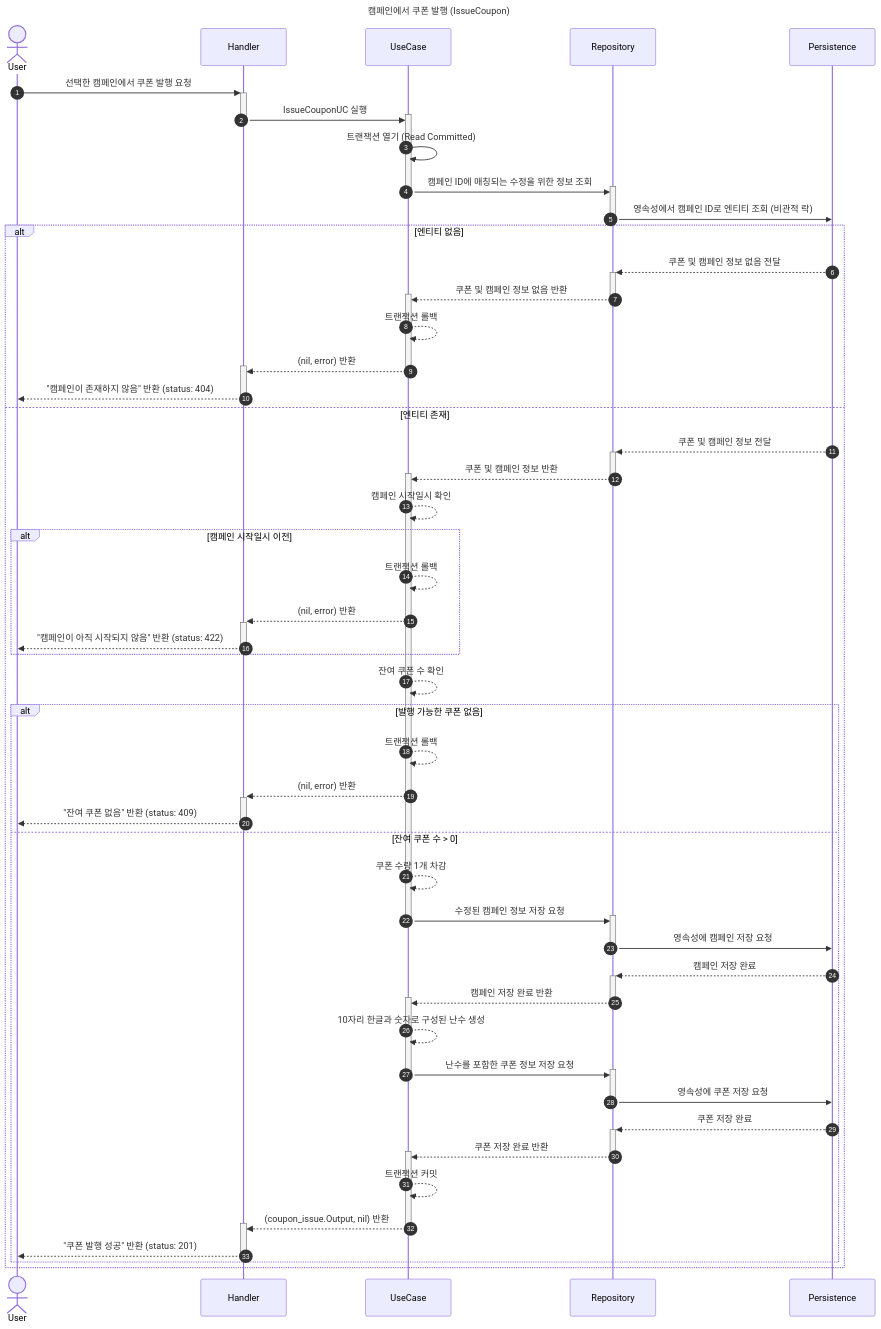
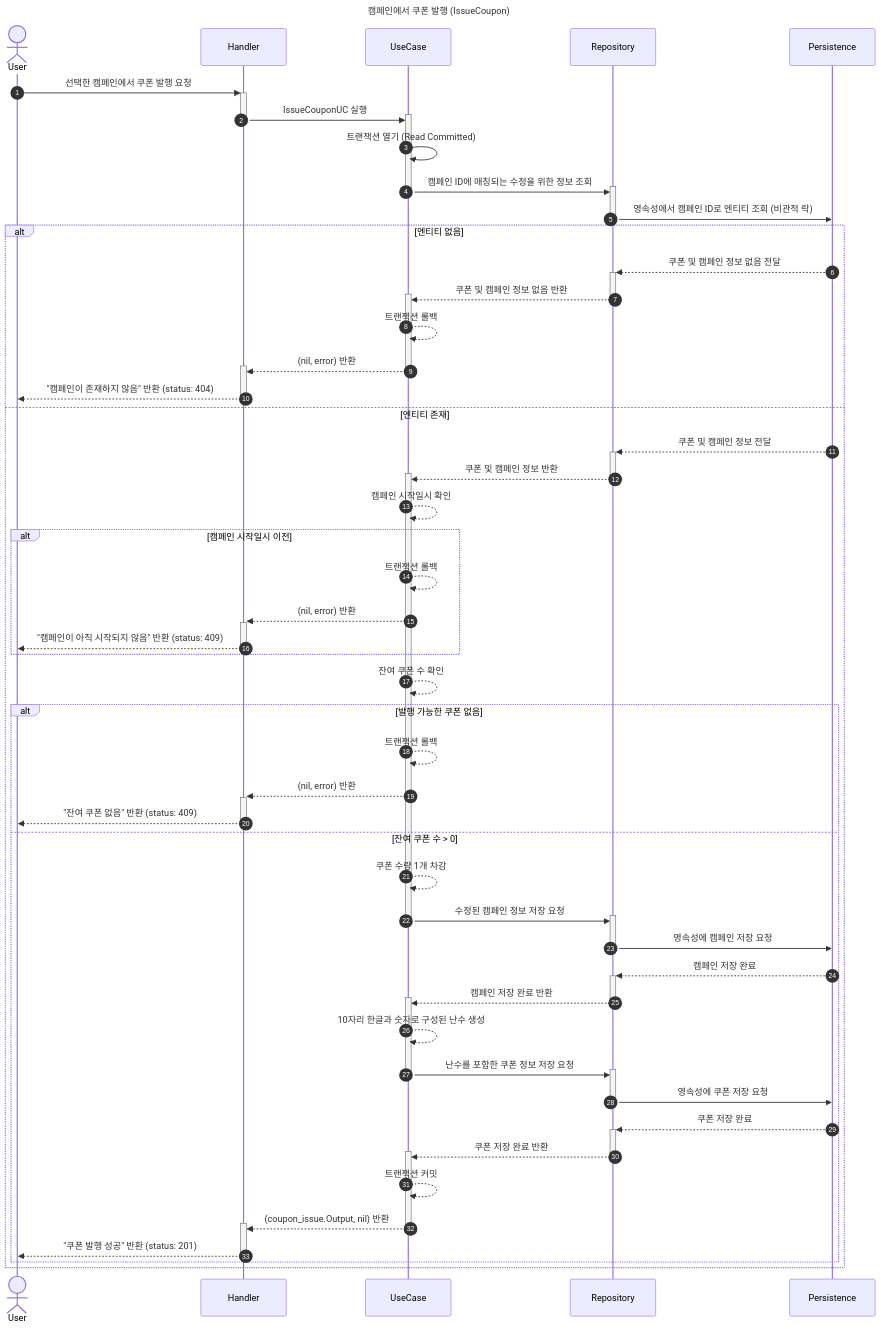
The third of 3 diagrams in README.md (loveo2d/coupon-issuance-system), drawn with Mermaid before and after one commit.

Commit message:
fix: 시퀀스다이어그램 잘못된 상태코드 수정 (422 -> 409)

````diff
--- a/README.md
+++ b/README.md
@@ -91,70 +91,70 @@
 ```mermaid
 sequenceDiagram
     title 캠페인에서 쿠폰 발행 (IssueCoupon)
     autonumber
 
     actor A as User
     participant B as Handler
     participant C as UseCase
     participant D as Repository
     participant E as Persistence
 
     A->>+B: 선택한 캠페인에서 쿠폰 발행 요청
     B->>+C: IssueCouponUC 실행
     deactivate B
     C->>C: 트랜잭션 열기 (Read Committed)
     C->>+D: 캠페인 ID에 매칭되는 수정을 위한 정보 조회
     deactivate C
     D->>E: 영속성에서 캠페인 ID로 엔티티 조회 (비관적 락)
     deactivate D
     alt 엔티티 없음
         E-->>+D: 쿠폰 및 캠페인 정보 없음 전달
         D-->>+C: 쿠폰 및 캠페인 정보 없음 반환
         deactivate D
         C-->>C: 트랜잭션 롤백
         C-->>+B: (nil, error) 반환
         deactivate C
         B-->>A: "캠페인이 존재하지 않음" 반환 (status: 404)
         deactivate B
     else 엔티티 존재
         E-->>+D: 쿠폰 및 캠페인 정보 전달
         D-->>+C: 쿠폰 및 캠페인 정보 반환
         deactivate D
         C-->>C: 캠페인 시작일시 확인
         alt 캠페인 시작일시 이전
             C-->>C: 트랜잭션 롤백
             C-->>+B: (nil, error) 반환
-            B-->>A: "캠페인이 아직 시작되지 않음" 반환 (status: 422)
+            B-->>A: "캠페인이 아직 시작되지 않음" 반환 (status: 409)
             deactivate B
         end
         C-->>C: 잔여 쿠폰 수 확인
         alt 발행 가능한 쿠폰 없음
             C-->>C: 트랜잭션 롤백
             C-->>+B: (nil, error) 반환
             B-->>A: "잔여 쿠폰 없음" 반환 (status: 409)
             deactivate B
         else 잔여 쿠폰 수 > 0
             C-->>C: 쿠폰 수량 1개 차감
             C->>+D: 수정된 캠페인 정보 저장 요청
             deactivate C
             D->>E: 영속성에 캠페인 저장 요청
             deactivate D
             E-->>+D: 캠페인 저장 완료
             D-->>+C: 캠페인 저장 완료 반환
             deactivate D
             C-->>C: 10자리 한글과 숫자로 구성된 난수 생성
             C->>+D: 난수를 포함한 쿠폰 정보 저장 요청
             deactivate C
             D->>E: 영속성에 쿠폰 저장 요청
             deactivate D
             E-->>+D: 쿠폰 저장 완료
             D-->>+C: 쿠폰 저장 완료 반환
             deactivate D
             C-->>C: 트랜잭션 커밋
             C-->>+B: (coupon_issue.Output, nil) 반환
             deactivate C
             B-->>A: "쿠폰 발행 성공" 반환 (status: 201)
             deactivate B
         end
     end
 ```
````
